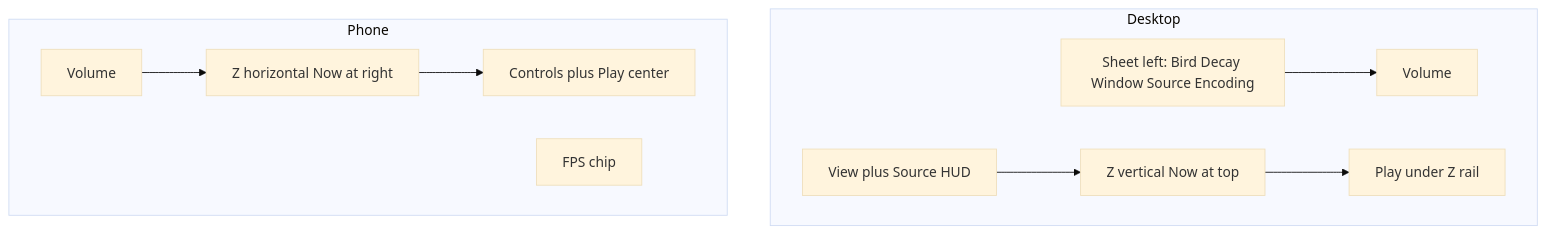
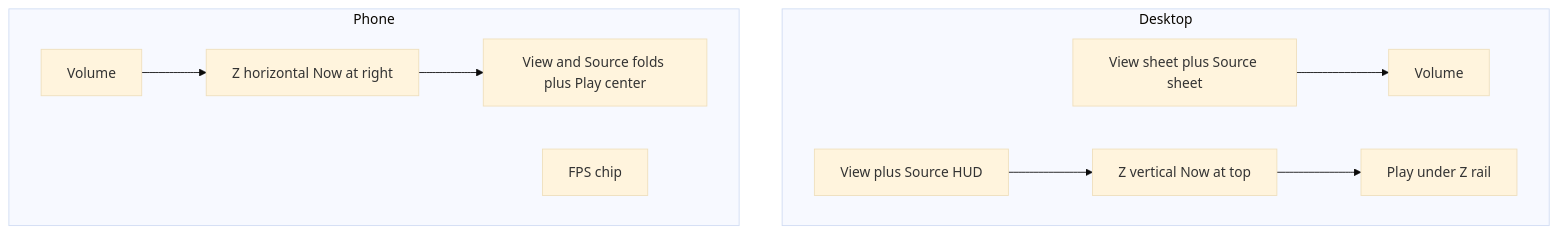
One commit to PiMaV/DONNER changed diagram 11 of 16 in architecture.md. Above: the diagram before and after it, drawn with Mermaid (base theme). The commit also changed other lines of this file and 30 other files, not shown here.

````diff
--- a/architecture.md
+++ b/architecture.md
@@ -240,21 +276,21 @@
 ```mermaid
 flowchart TB
   subgraph desktop [Desktop]
-    sheetD[Sheet left: Bird Decay Window Source Encoding]
+    sheetD[View sheet plus Source sheet]
     volD[Volume]
     hudD[View plus Source HUD]
     zD[Z vertical Now at top]
     playD[Play under Z rail]
     sheetD --> volD
     hudD --> zD
     zD --> playD
   end
   subgraph phone [Phone]
     volP[Volume]
     zP[Z horizontal Now at right]
-    barP[Controls plus Play center]
+    barP[View and Source folds plus Play center]
     chipP[FPS chip]
     volP --> zP
     zP --> barP
   end
 ```
````
